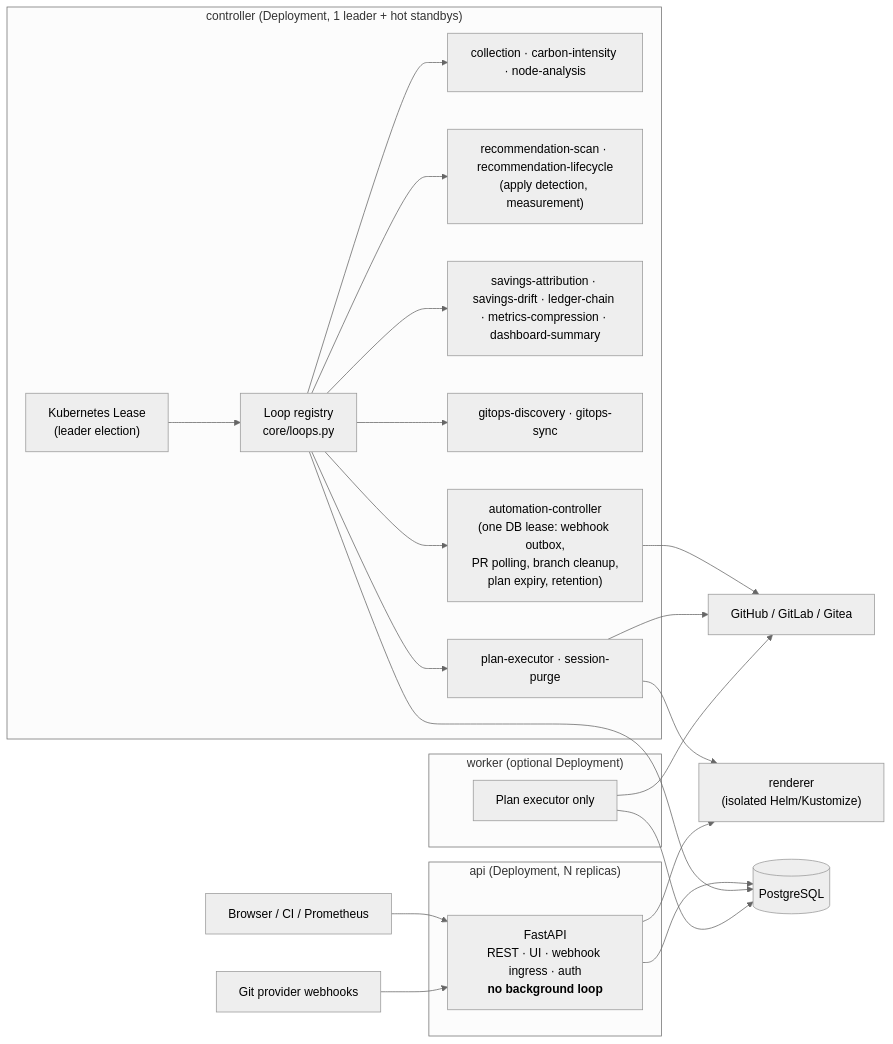
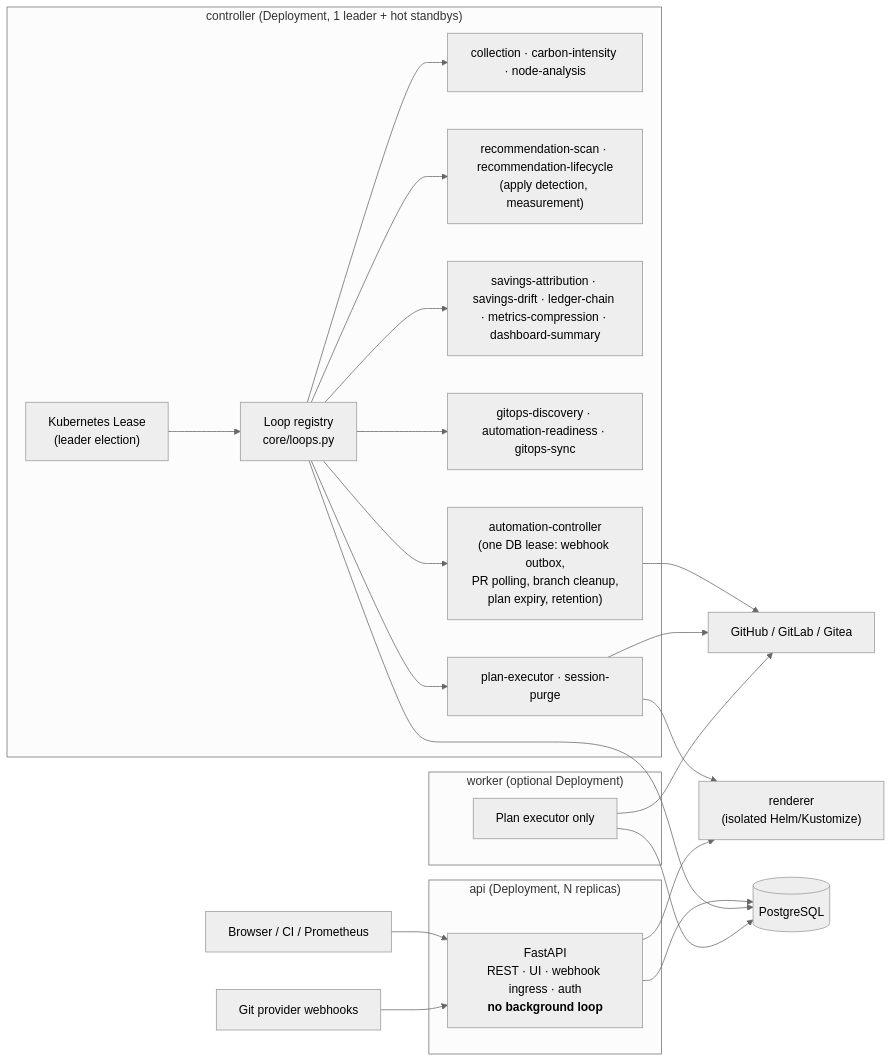
One commit to GreenKubeCloud/GreenKube changed the second of 2 diagrams in docs/architecture.md. Above: the diagram before and after it, drawn with Mermaid (neutral theme). The commit also changed other lines of this file and 5 other files, not shown here.

Commit message:
docs: align architecture, CLI, testing, UI, contributing and security policy with 0.4.0

````diff
--- a/docs/architecture.md
+++ b/docs/architecture.md
@@ -141,37 +141,37 @@
 ```mermaid
 flowchart LR
     Users["Browser / CI / Prometheus"] --> API
     GitHooks["Git provider webhooks"] --> API
 
     subgraph APIProc["api (Deployment, N replicas)"]
         API["FastAPI<br/>REST · UI · webhook ingress · auth<br/><b>no background loop</b>"]
     end
 
     subgraph Ctrl["controller (Deployment, 1 leader + hot standbys)"]
         Lease["Kubernetes Lease<br/>(leader election)"]
         Registry["Loop registry<br/>core/loops.py"]
         Lease --> Registry
         Registry --> L1["collection · carbon-intensity · node-analysis"]
         Registry --> L2["recommendation-scan · recommendation-lifecycle<br/>(apply detection, measurement)"]
         Registry --> L3["savings-attribution · savings-drift · ledger-chain · metrics-compression · dashboard-summary"]
-        Registry --> L4["gitops-discovery · gitops-sync"]
+        Registry --> L4["gitops-discovery · automation-readiness · gitops-sync"]
         Registry --> L5["automation-controller<br/>(one DB lease: webhook outbox,<br/>PR polling, branch cleanup,<br/>plan expiry, retention)"]
         Registry --> L6["plan-executor · session-purge"]
     end
 
     subgraph Worker["worker (optional Deployment)"]
         W["Plan executor only"]
     end
 
     Renderer["renderer<br/>(isolated Helm/Kustomize)"]
     DB[("PostgreSQL")]
 
     API --> DB
     Registry --> DB
     W --> DB
     L6 --> Renderer
     API --> Renderer
     L5 --> Git["GitHub / GitLab / Gitea"]
     L6 --> Git
     W --> Git
 ```
````
